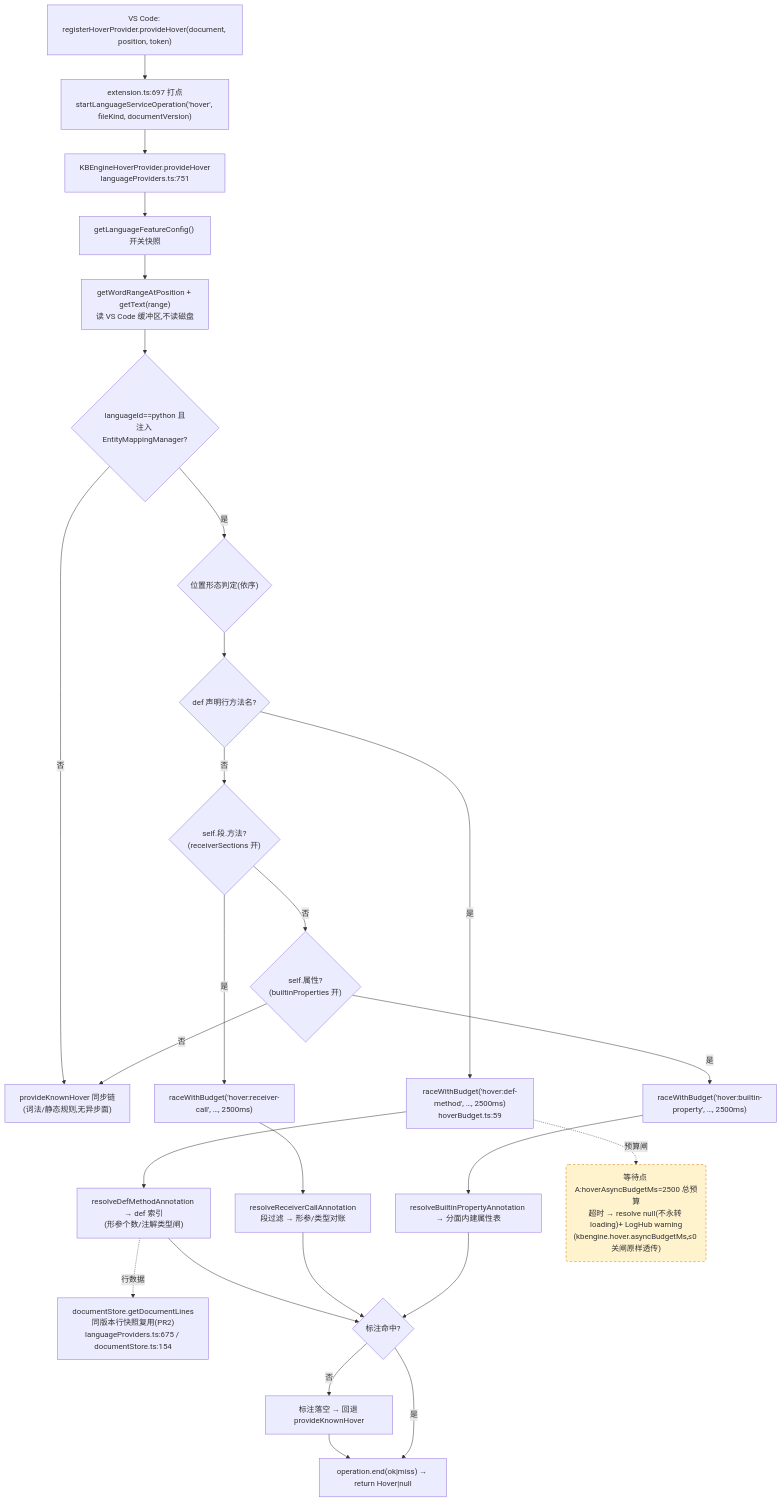
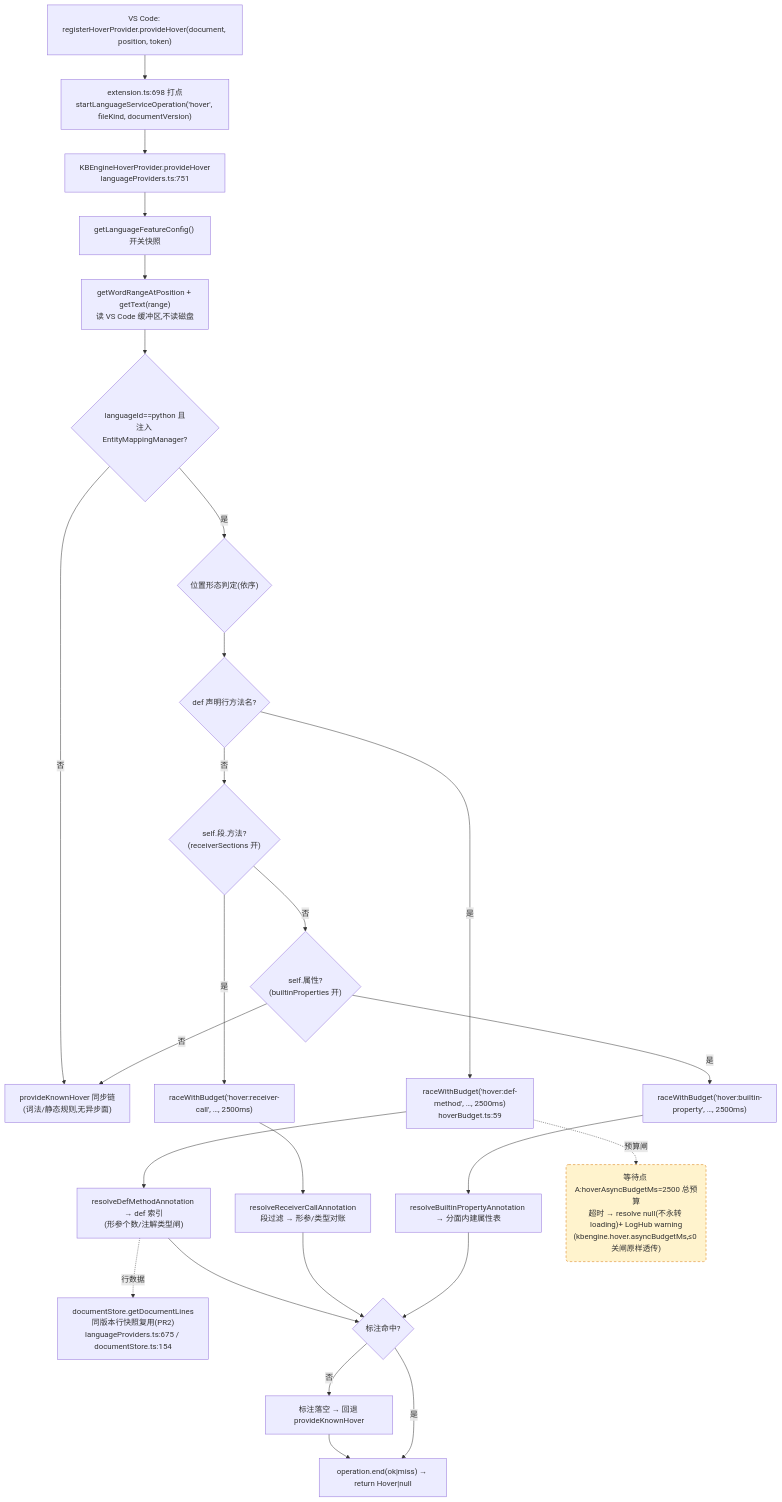
One commit to cuihairu/kode changed the first of 4 diagrams in docs/perf/2026-baseline.md. Above: the diagram before and after it, drawn with Mermaid. The commit also changed other lines of this file and 12 other files, not shown here.

````diff
--- a/docs/perf/2026-baseline.md
+++ b/docs/perf/2026-baseline.md
@@ -82,45 +82,45 @@
 ```mermaid
 flowchart TD
   VC1["VS Code: registerHoverProvider.provideHover(document, position, token)"]
-  M1["extension.ts:697 打点<br/>startLanguageServiceOperation('hover', fileKind, documentVersion)"]
+  M1["extension.ts:698 打点<br/>startLanguageServiceOperation('hover', fileKind, documentVersion)"]
   HP["KBEngineHoverProvider.provideHover<br/>languageProviders.ts:751"]
   CFG["getLanguageFeatureConfig() 开关快照"]
   WORD["getWordRangeAtPosition + getText(range)<br/>读 VS Code 缓冲区,不读磁盘"]
   BR{"languageId==python 且<br/>注入 EntityMappingManager?"}
   KN["provideKnownHover 同步链<br/>(词法/静态规则,无异步面)"]
   POS{"位置形态判定(依序)"}
   D1{"def 声明行方法名?"}
   D2{"self.段.方法?<br/>(receiverSections 开)"}
   D3{"self.属性?<br/>(builtinProperties 开)"}
   RA1["raceWithBudget('hover:def-method', …, 2500ms)<br/>hoverBudget.ts:59"]
   RA2["raceWithBudget('hover:receiver-call', …, 2500ms)"]
   RA3["raceWithBudget('hover:builtin-property', …, 2500ms)"]
   RS1["resolveDefMethodAnnotation → def 索引<br/>(形参个数/注解类型闸)"]
   RS2["resolveReceiverCallAnnotation<br/>段过滤 → 形参/类型对账"]
   RS3["resolveBuiltinPropertyAnnotation → 分面内建属性表"]
   LINES["documentStore.getDocumentLines<br/>同版本行快照复用(PR2)<br/>languageProviders.ts:675 / documentStore.ts:154"]
   MISS["标注落空 → 回退 provideKnownHover"]
   END1["operation.end(ok|miss) → return Hover|null"]
 
   VC1 --> M1 --> HP --> CFG --> WORD --> BR
   BR -- "否" --> KN
   BR -- "是" --> POS --> D1
   D1 -- "是" --> RA1 --> RS1
   D1 -- "否" --> D2
   D2 -- "是" --> RA2 --> RS2
   D2 -- "否" --> D3
   D3 -- "是" --> RA3 --> RS3
   D3 -- "否" --> KN
   RS1 --> HIT{"标注命中?"}
   RS2 --> HIT
   RS3 --> HIT
   RS1 -.->|行数据| LINES
   HIT -- "否" --> MISS --> END1
   HIT -- "是" --> END1
 
   WAITA("等待点 A:hoverAsyncBudgetMs=2500 总预算<br/>超时 → resolve null(不永转 loading)+ LogHub warning<br/>(kbengine.hover.asyncBudgetMs,≤0 关闸原样透传)")
   RA1 -.->|预算闸| WAITA
 
   classDef waitPoint fill:#fff3cd,stroke:#d97706,stroke-dasharray:5 4;
   class WAITA waitPoint;
 ```
````
